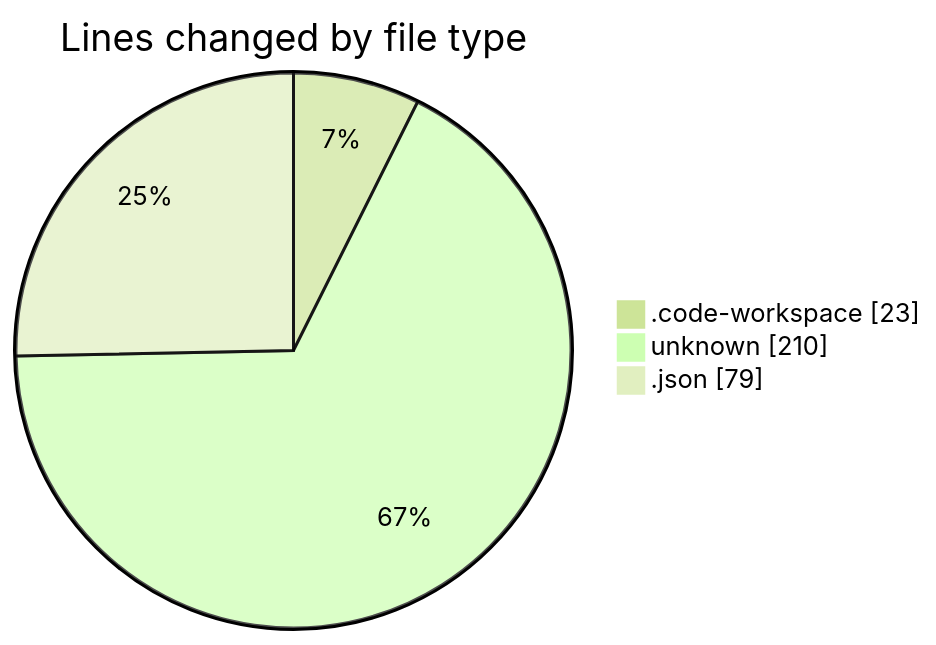
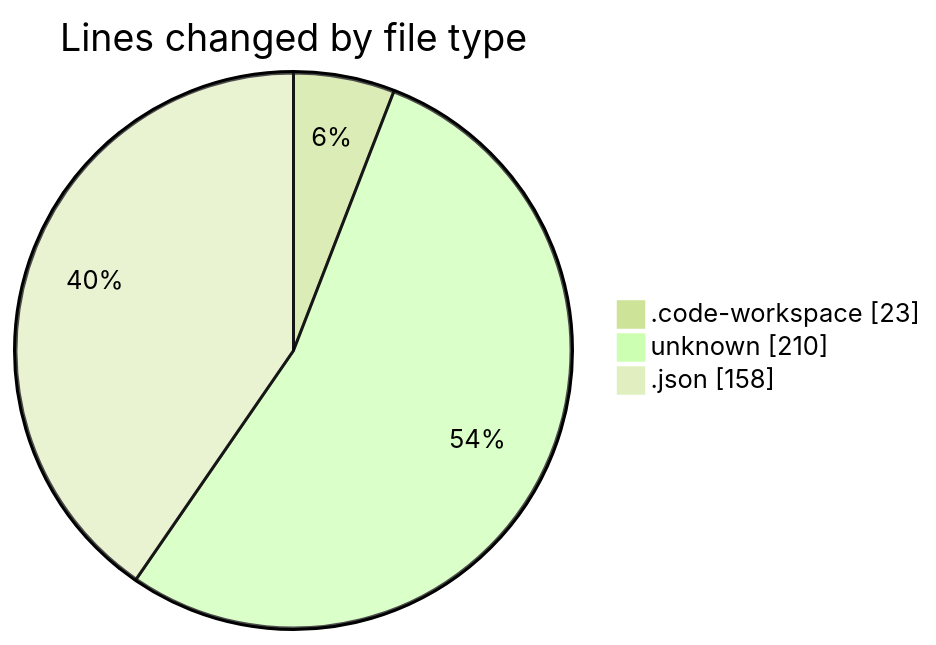
The first of 2 diagrams in 2026-03-02/shadcn-admin-kit-main__workspace_/README.md (jadenblack/code-tracking), drawn with Mermaid (forest theme) before and after one commit. The commit also changed other lines of this file and 1 other file, not shown here.

````diff
--- a/2026-03-02/shadcn-admin-kit-main__workspace_/README.md
+++ b/2026-03-02/shadcn-admin-kit-main__workspace_/README.md
@@ -24,7 +24,7 @@
 ```mermaid
 pie showData
 title Lines changed by file type
 ".code-workspace" : 23
 "unknown" : 210
-".json" : 79
+".json" : 158
 ```
````
